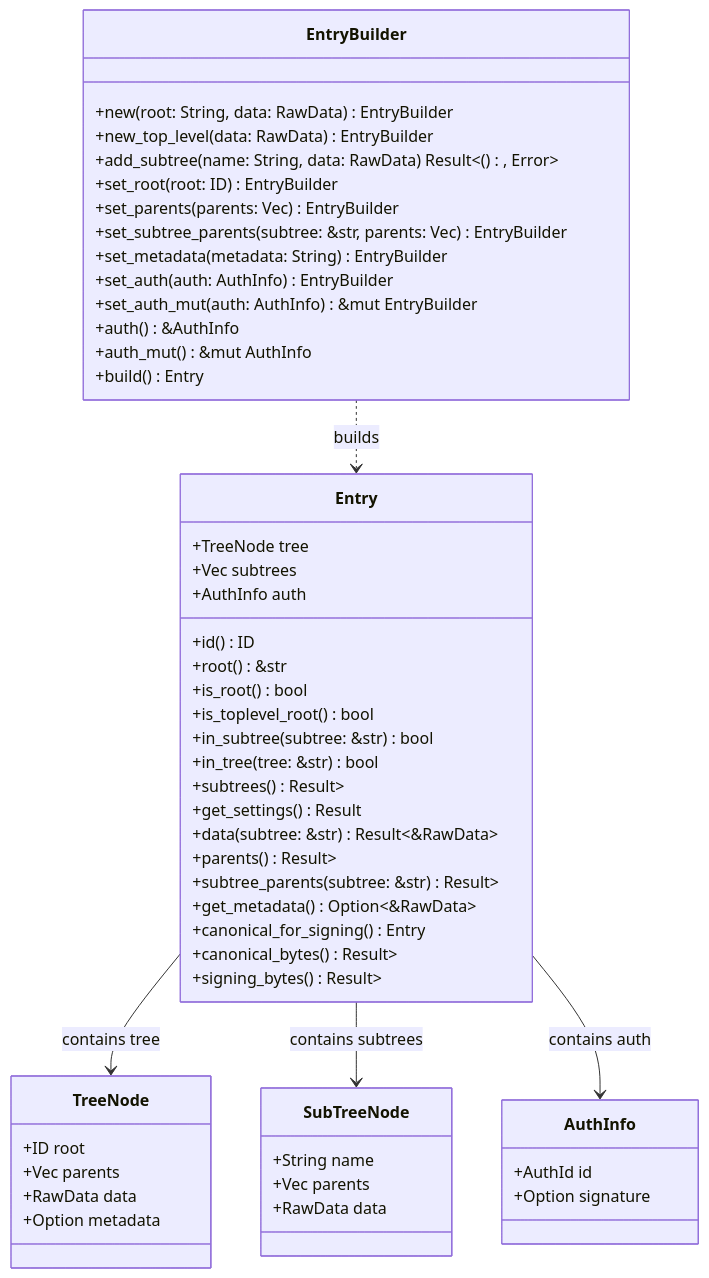
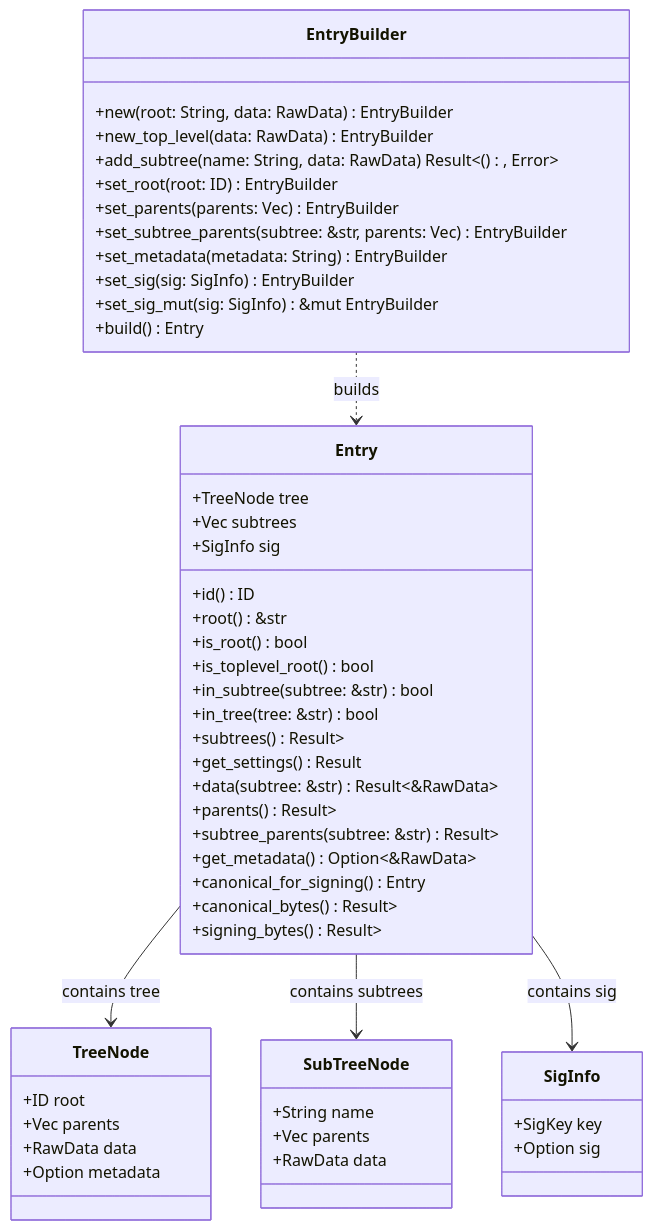
One commit to arcuru/eidetica changed the diagram in docs/src/internal/core_components/entry.md. Above: the diagram before and after it, drawn with Mermaid. The commit also changed other lines of this file and 4 other files, not shown here.

Commit message:
refactor: remove deprecated auth methods from EntryBuilder

````diff
--- a/docs/src/internal/core_components/entry.md
+++ b/docs/src/internal/core_components/entry.md
@@ -32,61 +32,59 @@
 ```mermaid
 classDiagram
     class EntryBuilder {
         +new(root: String, data: RawData) EntryBuilder
         +new_top_level(data: RawData) EntryBuilder
         +add_subtree(name: String, data: RawData) Result<(), Error>
         +set_root(root: ID) EntryBuilder
         +set_parents(parents: Vec<ID>) EntryBuilder
         +set_subtree_parents(subtree: &str, parents: Vec<ID>) EntryBuilder
         +set_metadata(metadata: String) EntryBuilder
-        +set_auth(auth: AuthInfo) EntryBuilder
-        +set_auth_mut(auth: AuthInfo) &mut EntryBuilder
-        +auth() &AuthInfo
-        +auth_mut() &mut AuthInfo
+        +set_sig(sig: SigInfo) EntryBuilder
+        +set_sig_mut(sig: SigInfo) &mut EntryBuilder
         +build() Entry
     }
 
     class Entry {
         +TreeNode tree
         +Vec<SubTreeNode> subtrees
-        +AuthInfo auth
+        +SigInfo sig
         +id() ID
         +root() &str
         +is_root() bool
         +is_toplevel_root() bool
         +in_subtree(subtree: &str) bool
         +in_tree(tree: &str) bool
         +subtrees() Result<Vec<String>>
         +get_settings() Result<RawData>
         +data(subtree: &str) Result<&RawData>
         +parents() Result<Vec<ID>>
         +subtree_parents(subtree: &str) Result<Vec<ID>>
         +get_metadata() Option<&RawData>
         +canonical_for_signing() Entry
         +canonical_bytes() Result<Vec<u8>>
         +signing_bytes() Result<Vec<u8>>
     }
 
     class TreeNode {
         +ID root
         +Vec<ID> parents
         +RawData data
         +Option<RawData> metadata
     }
 
     class SubTreeNode {
         +String name
         +Vec<ID> parents
         +RawData data
     }
 
-    class AuthInfo {
-        +AuthId id
-        +Option<String> signature
+    class SigInfo {
+        +SigKey key
+        +Option<String> sig
     }
 
     EntryBuilder ..> Entry : builds
     Entry --> TreeNode : contains tree
     Entry --> SubTreeNode : contains subtrees
-    Entry --> AuthInfo : contains auth
+    Entry --> SigInfo : contains sig
 ```
````
